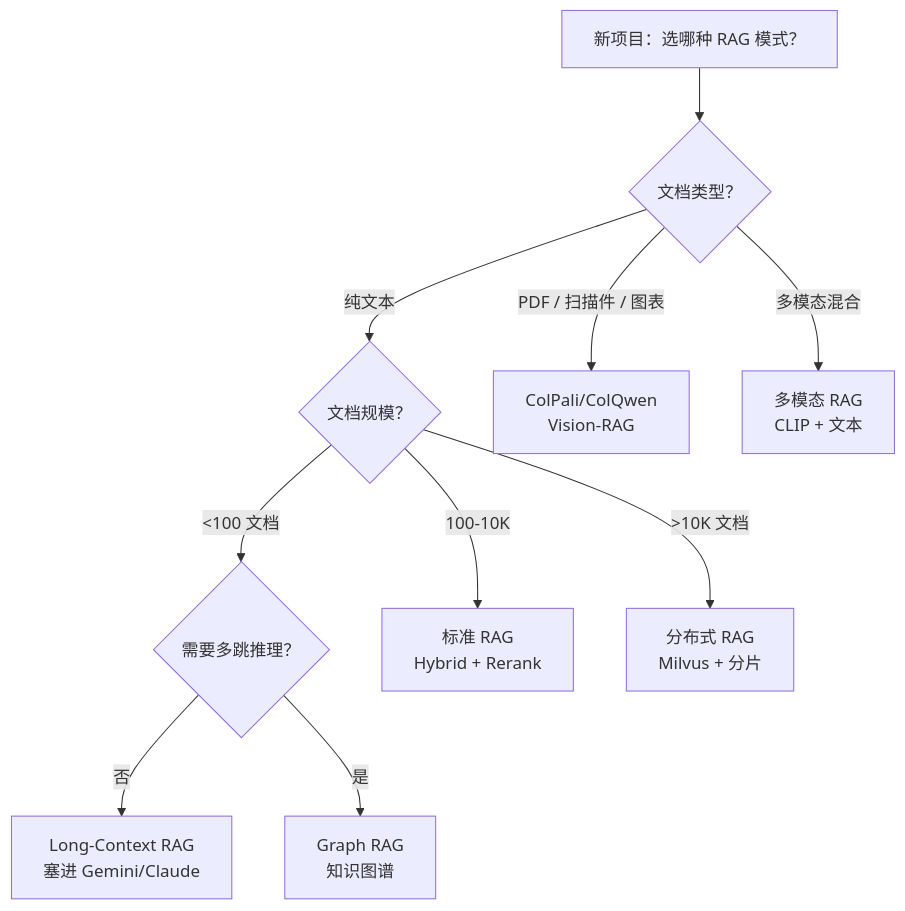
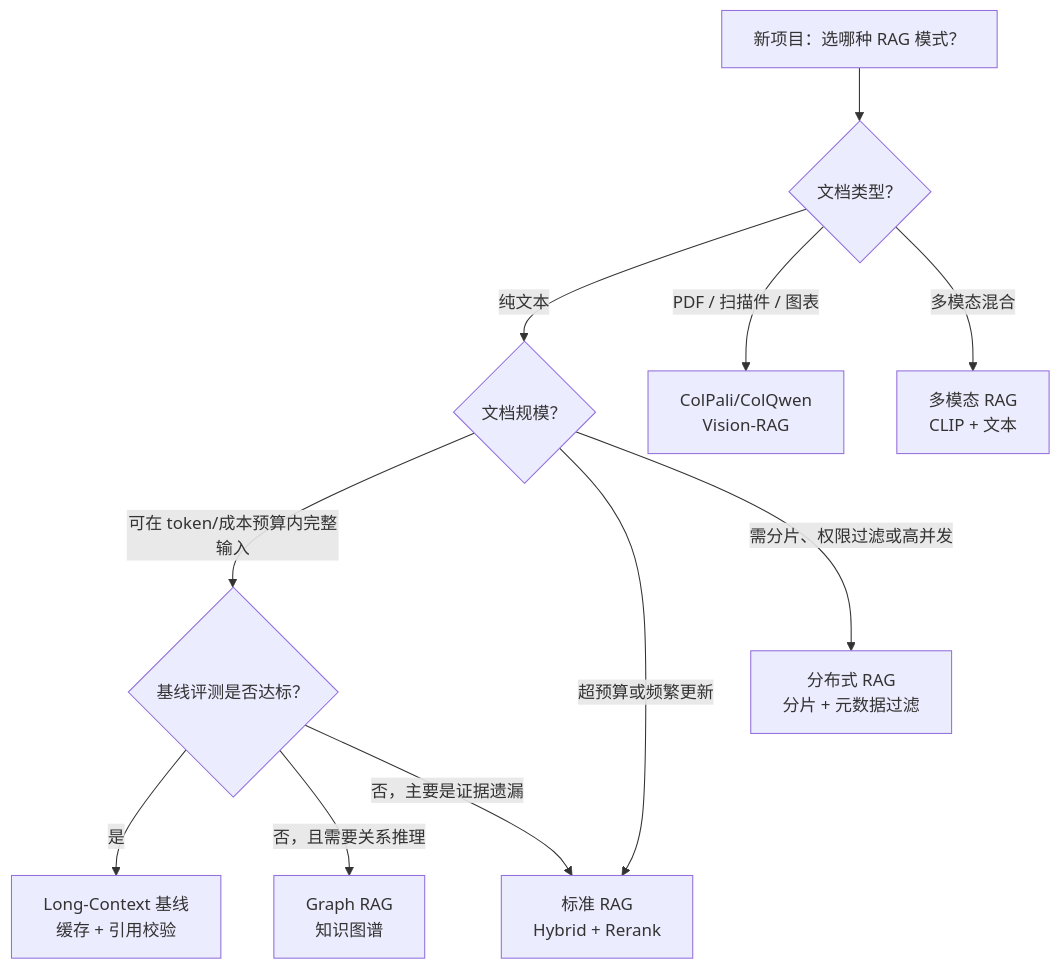
Diagram 14 of 16 in 14_RAG检索增强生成.md (BeefWrap4/LLM-Knowledge-Base), drawn with Mermaid before and after one commit. The commit also changed other lines of this file and 454 other files, not shown here.

````diff
--- a/14_RAG检索增强生成.md
+++ b/14_RAG检索增强生成.md
@@ -1823,14 +1856,15 @@
 ```mermaid
 graph TD
     Q["新项目：选哪种 RAG 模式？"] --> M{"文档类型？"}
     M -->|"纯文本"| T{"文档规模？"}
     M -->|"PDF / 扫描件 / 图表"| V["ColPali/ColQwen<br/>Vision-RAG"]
     M -->|"多模态混合"| MM["多模态 RAG<br/>CLIP + 文本"]
 
-    T -->|"<100 文档"| LC{"需要多跳推理？"}
-    T -->|"100-10K"| STD["标准 RAG<br/>Hybrid + Rerank"]
-    T -->|">10K 文档"| BIG["分布式 RAG<br/>Milvus + 分片"]
+    T -->|"可在 token/成本预算内完整输入"| LC{"基线评测是否达标？"}
+    T -->|"超预算或频繁更新"| STD["标准 RAG<br/>Hybrid + Rerank"]
+    T -->|"需分片、权限过滤或高并发"| BIG["分布式 RAG<br/>分片 + 元数据过滤"]
 
-    LC -->|"否"| LC1["Long-Context RAG<br/>塞进 Gemini/Claude"]
-    LC -->|"是"| GR["Graph RAG<br/>知识图谱"]
+    LC -->|"是"| LC1["Long-Context 基线<br/>缓存 + 引用校验"]
+    LC -->|"否，且需要关系推理"| GR["Graph RAG<br/>知识图谱"]
+    LC -->|"否，主要是证据遗漏"| STD
 ```
````
